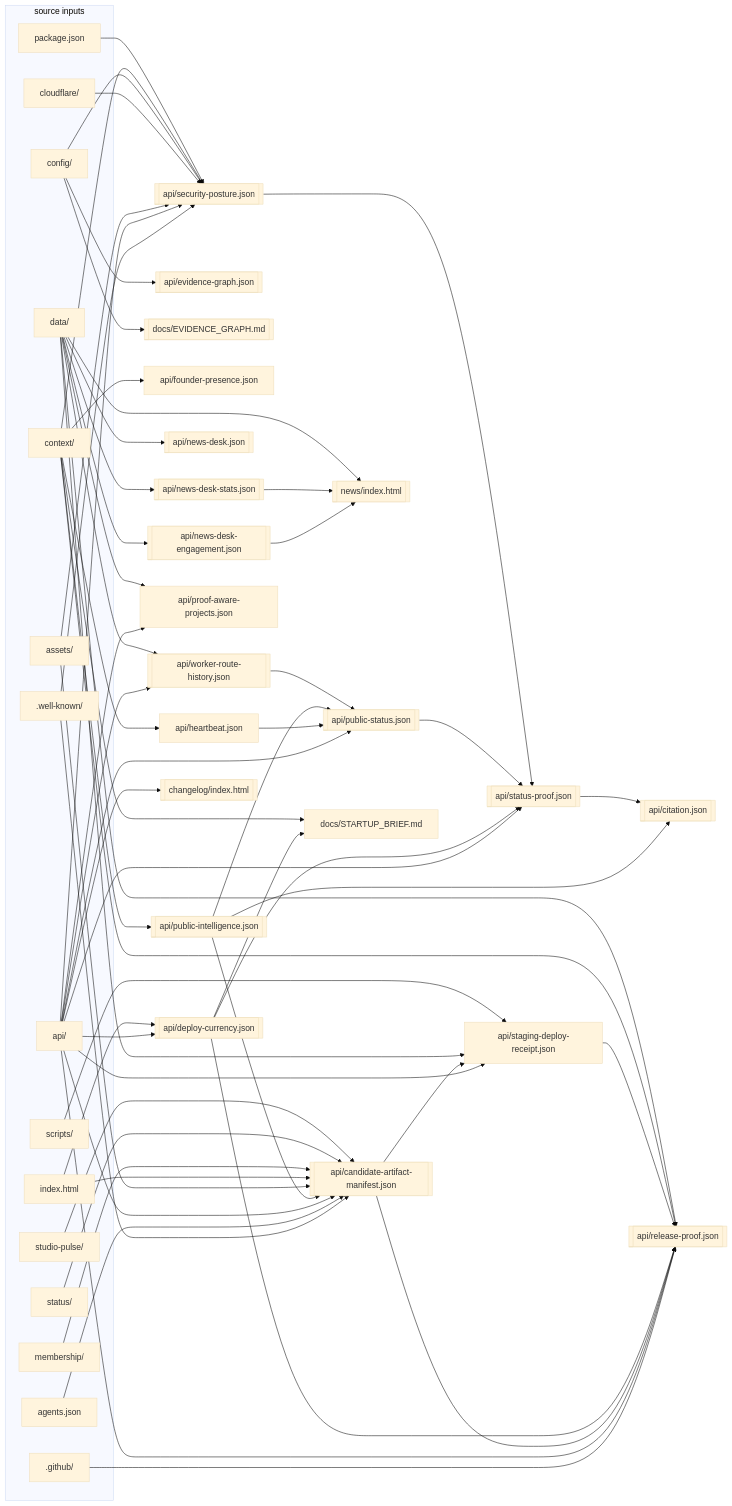
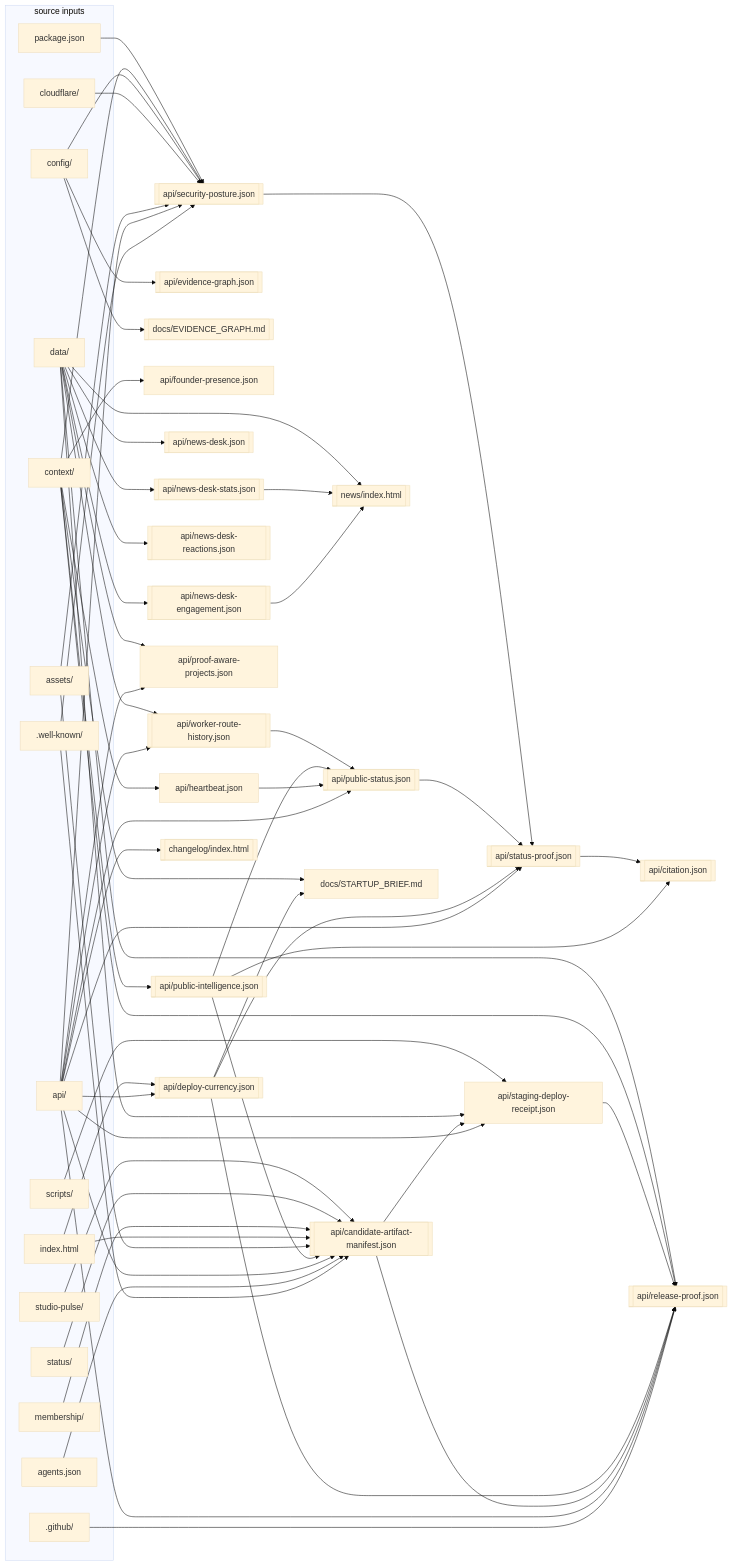
Before and after one commit to VaultSparkStudios/VaultSparkStudios.github.io: the diagram in docs/EVIDENCE_GRAPH.md, drawn with Mermaid (base theme). The commit also changed other lines of this file and 63 other files, not shown here.

```diff
--- a/docs/EVIDENCE_GRAPH.md
+++ b/docs/EVIDENCE_GRAPH.md
@@ -55,6 +55,7 @@
   n_api_heartbeat_json["api/heartbeat.json"]
   n_api_news_desk_json[["api/news-desk.json"]]
   n_api_news_desk_engagement_json[["api/news-desk-engagement.json"]]
+  n_api_news_desk_reactions_json[["api/news-desk-reactions.json"]]
   n_api_news_desk_stats_json[["api/news-desk-stats.json"]]
   n_news_index_html[["news/index.html"]]
   n_api_proof_aware_projects_json["api/proof-aware-projects.json"]
@@ -111,6 +112,7 @@
   n_context_ --> n_docs_STARTUP_BRIEF_md
   n_data_ --> n_api_news_desk_engagement_json
   n_data_ --> n_api_news_desk_json
+  n_data_ --> n_api_news_desk_reactions_json
   n_data_ --> n_api_news_desk_stats_json
   n_data_ --> n_api_proof_aware_projects_json
   n_data_ --> n_api_release_proof_json
```
